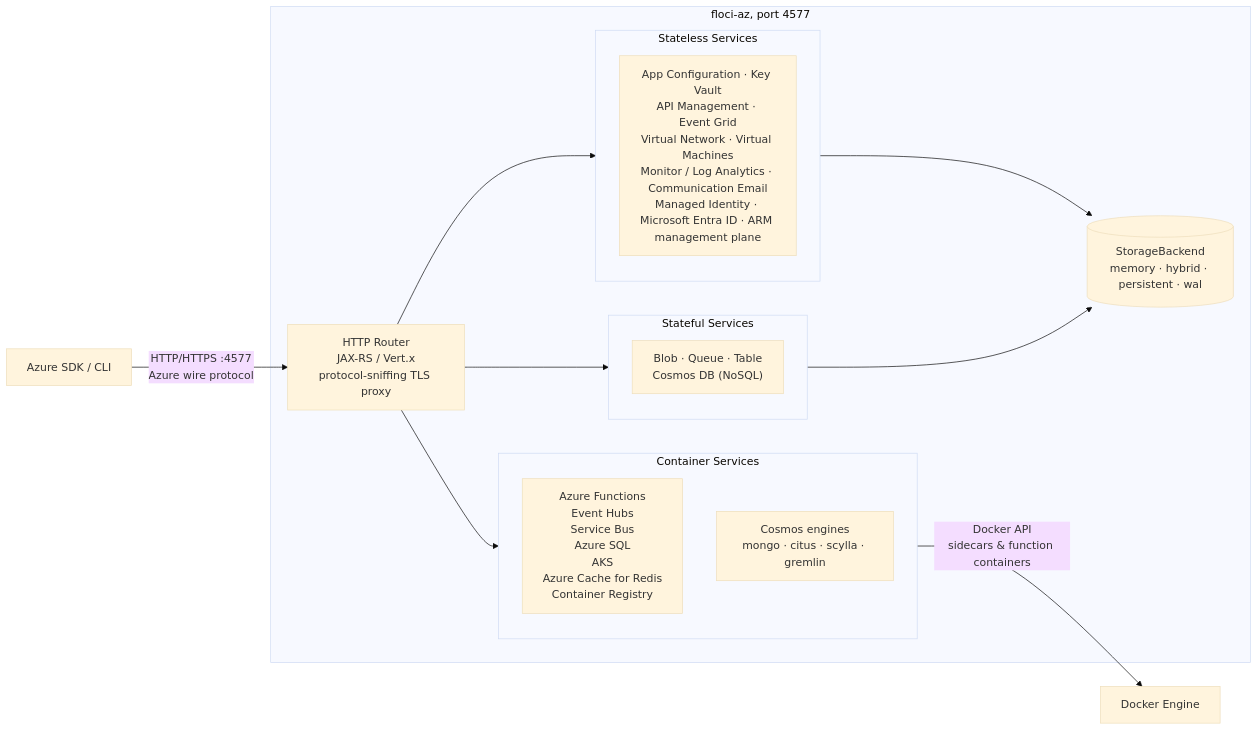
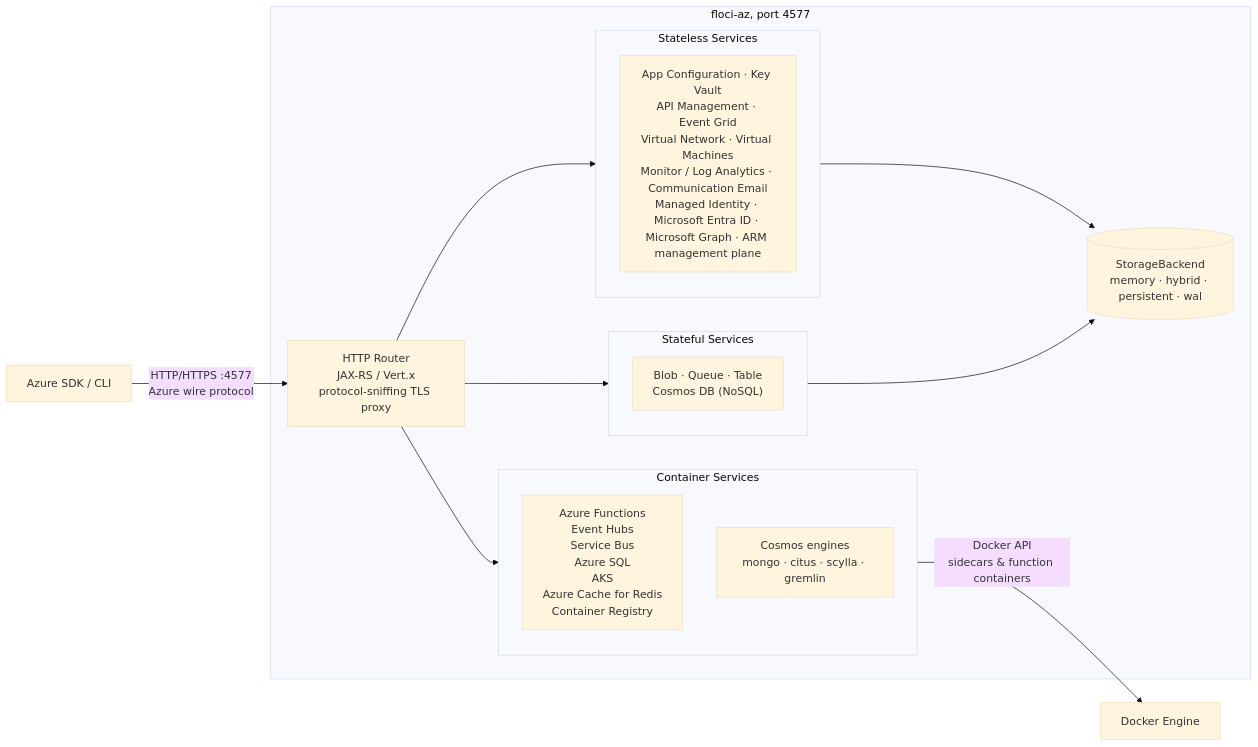
Before and after one commit to deyanp/floci-az: the diagram in README.md, drawn with Mermaid (base theme). The commit also changed other lines of this file and 28 other files, not shown here.

First line of the commit message:
feat: Entra ID phase 2 — auth-code+PKCE grant + Microsoft Graph slice (#143)

````diff
--- a/README.md
+++ b/README.md
@@ -259,30 +260,30 @@
 ```mermaid
 flowchart LR
     Client["Azure SDK / CLI"]
 
     subgraph FlociAz ["floci-az, port 4577"]
         Router["HTTP Router\nJAX-RS / Vert.x\nprotocol-sniffing TLS proxy"]
 
         subgraph Stateless ["Stateless Services"]
-            A["App Configuration · Key Vault\nAPI Management · Event Grid\nVirtual Network · Virtual Machines\nMonitor / Log Analytics · Communication Email\nManaged Identity · Microsoft Entra ID · ARM management plane"]
+            A["App Configuration · Key Vault\nAPI Management · Event Grid\nVirtual Network · Virtual Machines\nMonitor / Log Analytics · Communication Email\nManaged Identity · Microsoft Entra ID · Microsoft Graph · ARM management plane"]
         end
 
         subgraph Stateful ["Stateful Services"]
             B["Blob · Queue · Table\nCosmos DB (NoSQL)"]
         end
 
         subgraph Containers ["Container Services"]
             C["Azure Functions\nEvent Hubs\nService Bus\nAzure SQL\nAKS\nAzure Cache for Redis\nContainer Registry"]
             D["Cosmos engines\nmongo · citus · scylla · gremlin"]
         end
 
         Router --> Stateless
         Router --> Stateful
         Router --> Containers
         Stateless & Stateful --> Store[("StorageBackend\nmemory · hybrid · persistent · wal")]
     end
 
     Docker["Docker Engine"]
     Client -->|"HTTP/HTTPS :4577\nAzure wire protocol"| Router
     Containers -->|"Docker API\nsidecars & function containers"| Docker
 ```
````
